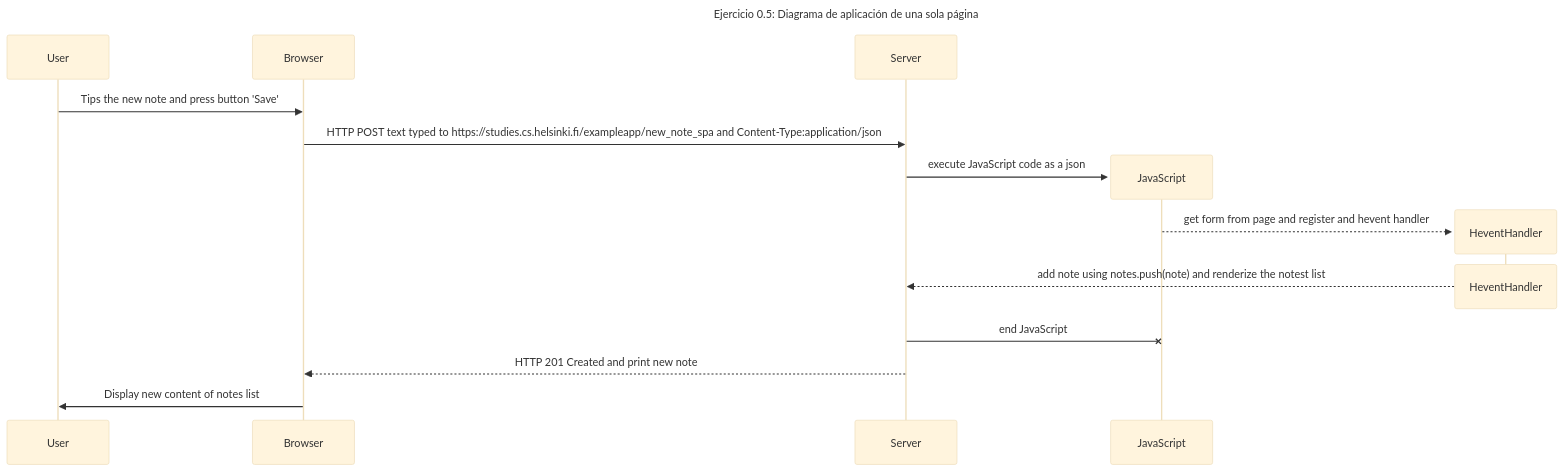
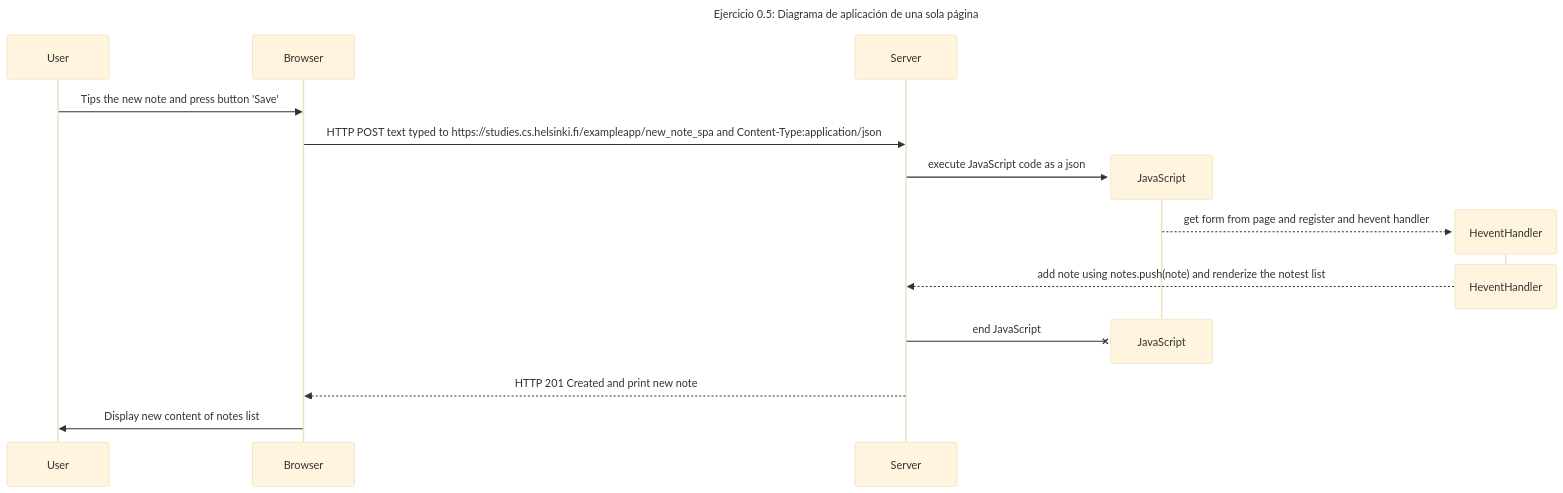
Before and after one commit to HaTeRMaNCo/fullstack: the diagram in part0/0.5.mermaid.md, drawn with Mermaid (base theme). The commit also changed other lines of this file, not shown here.

Commit message:
destroy javascript

````diff
--- a/part0/0.5.mermaid.md
+++ b/part0/0.5.mermaid.md
@@ -1,19 +1,19 @@
 ```mermaid
 sequenceDiagram
     title Ejercicio 0.5: Diagrama de aplicación de una sola página
     participant User
     participant Browser
     participant Server
     User->>Browser: Tips the new note and press button 'Save'
     Browser->>Server: HTTP POST text typed to https://studies.cs.helsinki.fi/exampleapp/new_note_spa and Content-Type:application/json
     create participant JavaScript
     Server->>JavaScript: execute JavaScript code as a json
     create participant HeventHandler
-    destroy JavaScript
     JavaScript-->>HeventHandler: get form from page and register and hevent handler 
     destroy HeventHandler
     HeventHandler-->>Server: add note using notes.push(note) and renderize the notest list 
+    destroy JavaScript
     Server-xJavaScript: end JavaScript
     Server-->>Browser: HTTP 201 Created and print new note
     Browser->>User: Display new content of notes list
 ```
````
